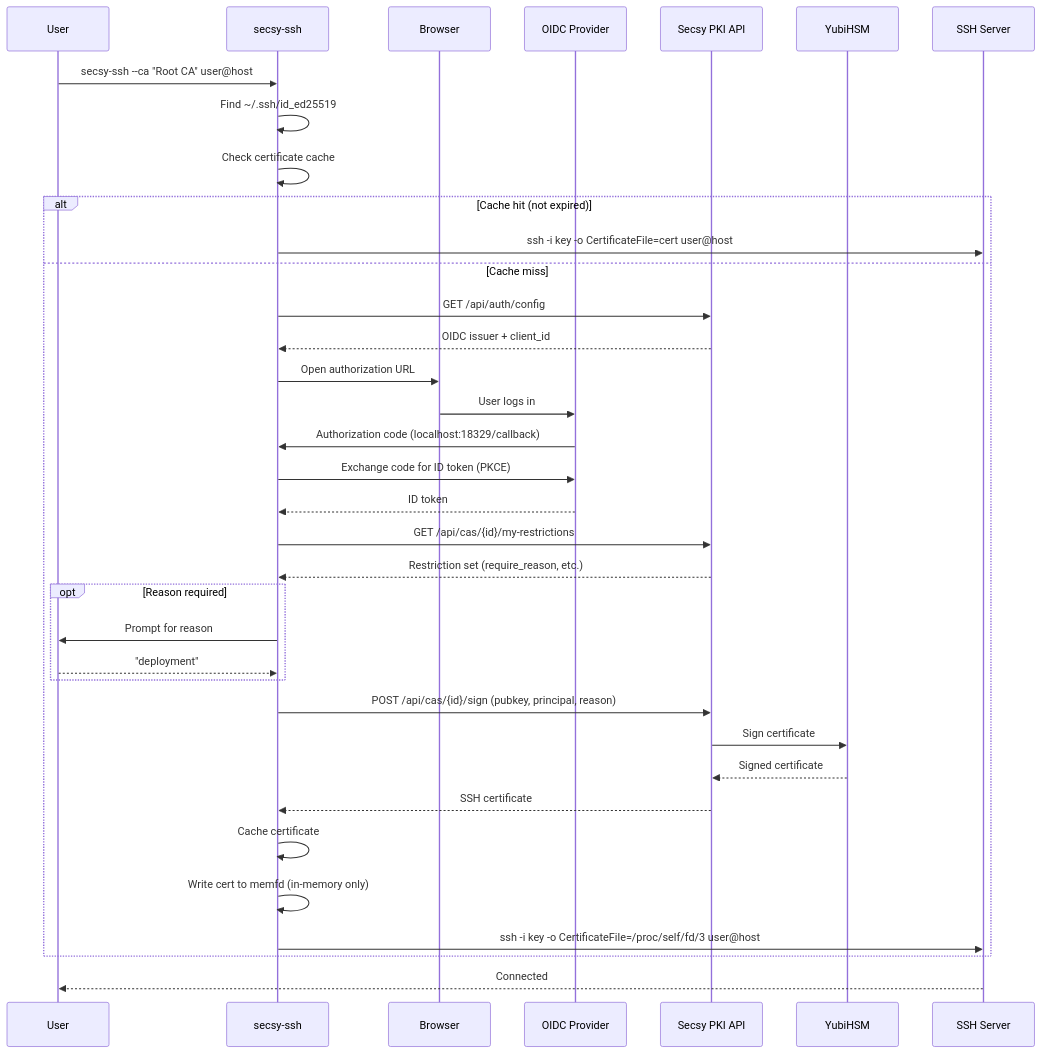
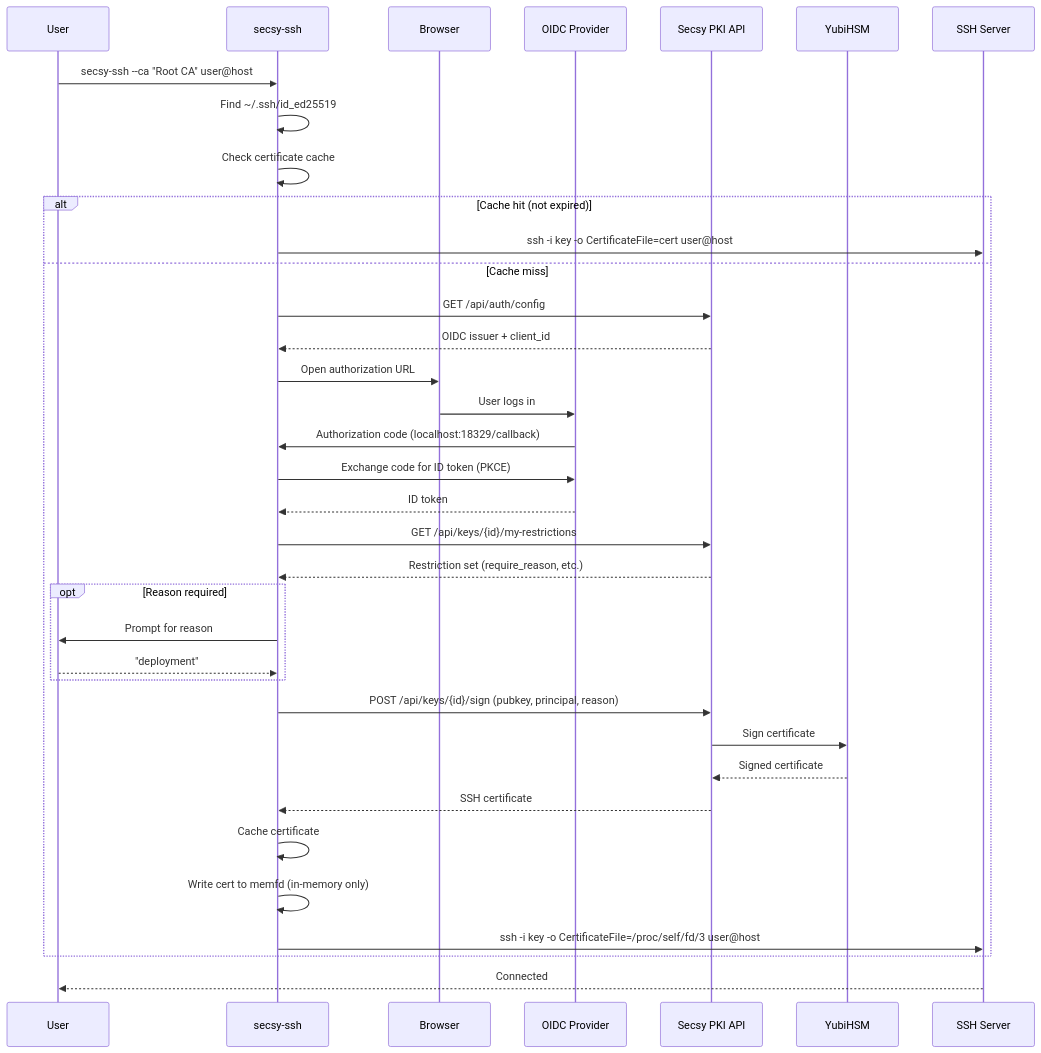
The fifth of 5 diagrams in README.md (blechschmidt/secsy-pki), drawn with Mermaid before and after one commit. The commit also changed other lines of this file and 21 other files, not shown here.

First line of the commit message:
Add X.509 support, RSA keys, split restriction sets, rename API, improve tests

````diff
--- a/README.md
+++ b/README.md
@@ -264,39 +283,39 @@
 ```mermaid
 sequenceDiagram
     participant User
     participant secsy-ssh
     participant Browser
     participant OIDC as OIDC Provider
     participant API as Secsy PKI API
     participant HSM as YubiHSM
     participant SSH as SSH Server
 
     User->>secsy-ssh: secsy-ssh --ca "Root CA" user@host
     secsy-ssh->>secsy-ssh: Find ~/.ssh/id_ed25519
     secsy-ssh->>secsy-ssh: Check certificate cache
     alt Cache hit (not expired)
         secsy-ssh->>SSH: ssh -i key -o CertificateFile=cert user@host
     else Cache miss
         secsy-ssh->>API: GET /api/auth/config
         API-->>secsy-ssh: OIDC issuer + client_id
         secsy-ssh->>Browser: Open authorization URL
         Browser->>OIDC: User logs in
         OIDC->>secsy-ssh: Authorization code (localhost:18329/callback)
         secsy-ssh->>OIDC: Exchange code for ID token (PKCE)
         OIDC-->>secsy-ssh: ID token
-        secsy-ssh->>API: GET /api/cas/{id}/my-restrictions
+        secsy-ssh->>API: GET /api/keys/{id}/my-restrictions
         API-->>secsy-ssh: Restriction set (require_reason, etc.)
         opt Reason required
             secsy-ssh->>User: Prompt for reason
             User-->>secsy-ssh: "deployment"
         end
-        secsy-ssh->>API: POST /api/cas/{id}/sign (pubkey, principal, reason)
+        secsy-ssh->>API: POST /api/keys/{id}/sign (pubkey, principal, reason)
         API->>HSM: Sign certificate
         HSM-->>API: Signed certificate
         API-->>secsy-ssh: SSH certificate
         secsy-ssh->>secsy-ssh: Cache certificate
         secsy-ssh->>secsy-ssh: Write cert to memfd (in-memory only)
         secsy-ssh->>SSH: ssh -i key -o CertificateFile=/proc/self/fd/3 user@host
     end
     SSH-->>User: Connected
 ```
````
